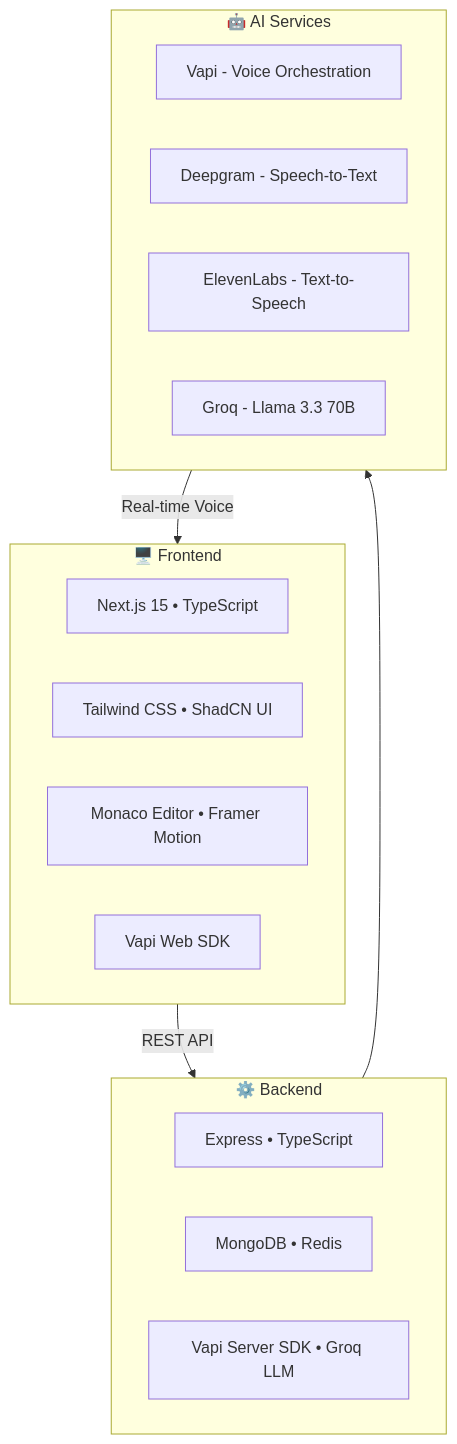
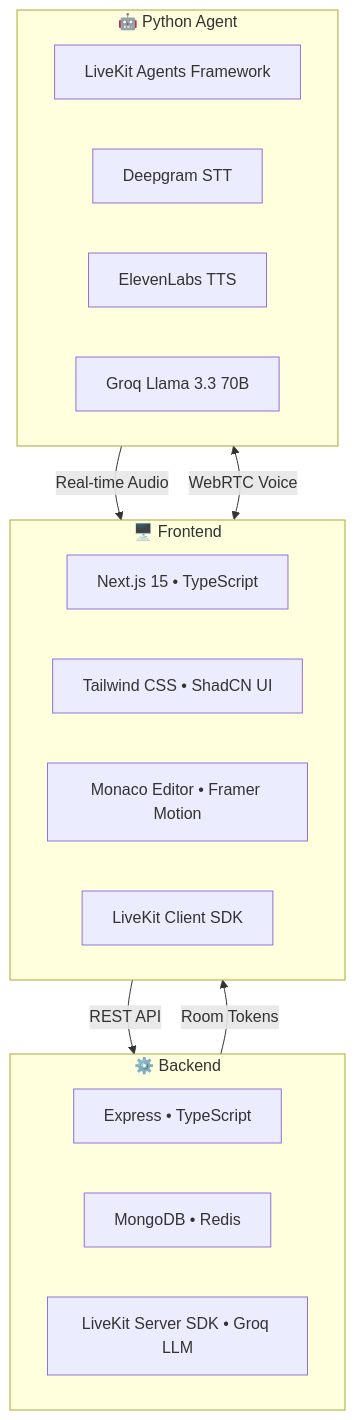
The first of 2 diagrams in README.md (anishjha12309/itero), drawn with Mermaid before and after one commit. The commit also changed other lines of this file and 13382 other files, not shown here.

````diff
--- a/README.md
+++ b/README.md
@@ -43,26 +23,27 @@
 ```mermaid
 flowchart TB
     subgraph Frontend["🖥️ Frontend"]
         A["Next.js 15 • TypeScript"]
         B["Tailwind CSS • ShadCN UI"]
         C["Monaco Editor • Framer Motion"]
-        D["Vapi Web SDK"]
+        D["LiveKit Client SDK"]
     end
     
     subgraph Backend["⚙️ Backend"]
         E["Express • TypeScript"]
         F["MongoDB • Redis"]
-        G["Vapi Server SDK • Groq LLM"]
+        G["LiveKit Server SDK • Groq LLM"]
     end
     
-    subgraph AI["🤖 AI Services"]
-        H["Vapi - Voice Orchestration"]
-        I["Deepgram - Speech-to-Text"]
-        J["ElevenLabs - Text-to-Speech"]
-        K["Groq - Llama 3.3 70B"]
+    subgraph Agent["🤖 Python Agent"]
+        H["LiveKit Agents Framework"]
+        I["Deepgram STT"]
+        J["ElevenLabs TTS"]
+        K["Groq Llama 3.3 70B"]
     end
     
     Frontend -->|REST API| Backend
-    Backend --> AI
-    AI -->|Real-time Voice| Frontend
+    Frontend <-->|WebRTC Voice| Agent
+    Backend -->|Room Tokens| Frontend
+    Agent -->|Real-time Audio| Frontend
 ```
````
